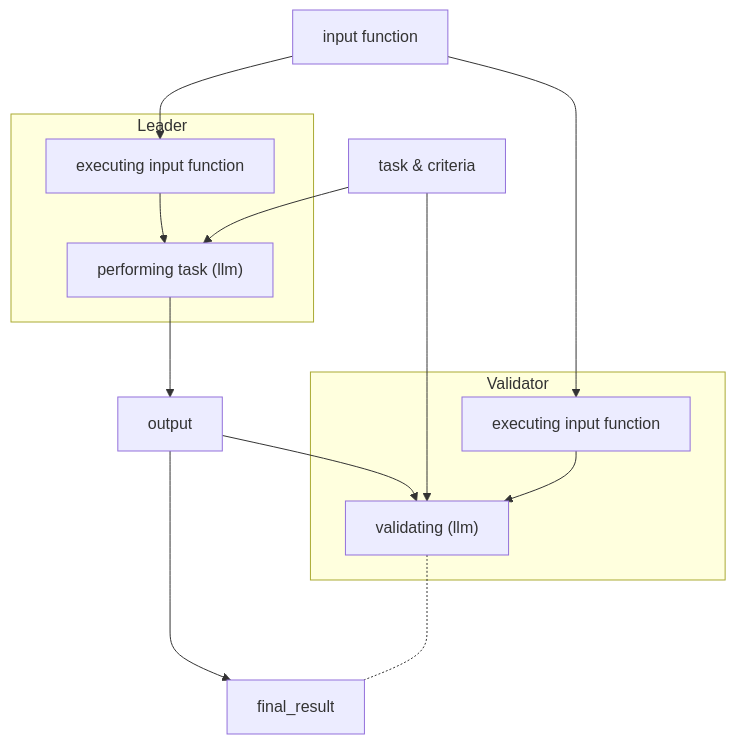
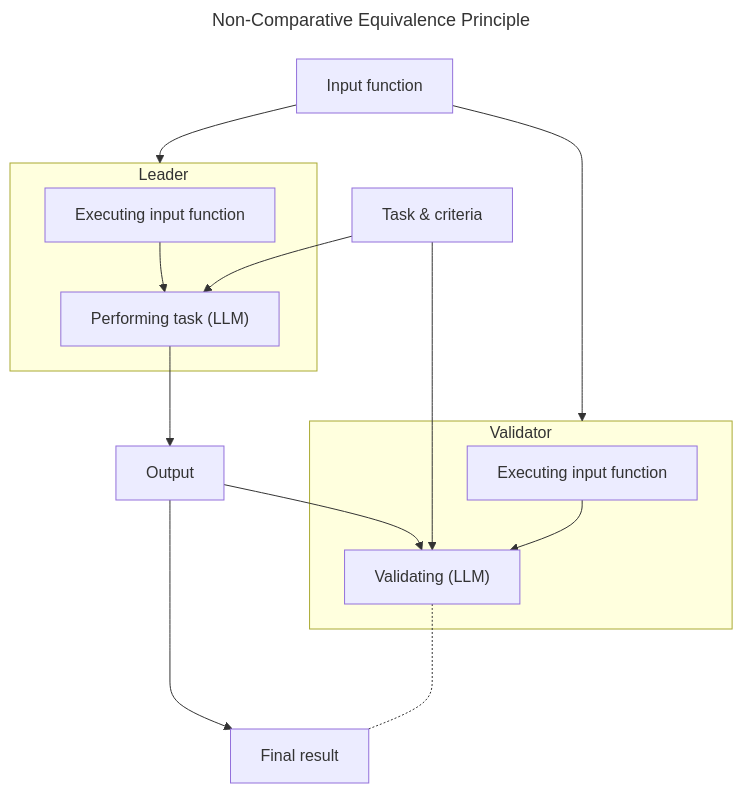
The second of 2 diagrams in pages/developers/intelligent-contracts/equivalence-principle.mdx (genlayerlabs/genlayer-docs), drawn with Mermaid before and after one commit. The commit also changed other lines of this file and 26 other files, not shown here.

````diff
--- a/pages/developers/intelligent-contracts/equivalence-principle.mdx
+++ b/pages/developers/intelligent-contracts/equivalence-principle.mdx
@@ -86,33 +132,37 @@
-```mermaid
-graph TD
+        ```mermaid
+        ---
+        title: Non-Comparative Equivalence Principle
+        ---
+        graph TD
 
-    task[task & criteria]
+            task[Task & criteria]
 
-    input[input function]
+            input[Input function]
 
-    subgraph Leader
-        input_leader[executing input function]
-        leader["performing task (llm)"]
-        input_leader --> leader
-    end
+            subgraph Leader
+                input_leader[Executing input function]
+                leader["Performing task (LLM)"]
+                input_leader --> leader
+            end
 
-    task --> leader
+            task --> leader
 
-    leader --> output
+            leader --> Output
 
 
-    subgraph Validator
-        input_validator[executing input function]
-        validator["validating (llm)"]
-        input_validator --> validator
-    end
+            subgraph Validator
+                input_validator[Executing input function]
+                validator["Validating (LLM)"]
+                input_validator --> validator
+            end
 
-    task --> validator
-    output --> validator
+            task --> validator
+            Output --> validator
 
-    input --> input_leader
-    input --> input_validator
+            input --> Leader
+            input --> Validator
 
-    output --> final_result
-    validator -..- final_result
-```
+            final_result[Final result]
+            Output --> final_result
+            validator -..- final_result
+        ```
````
